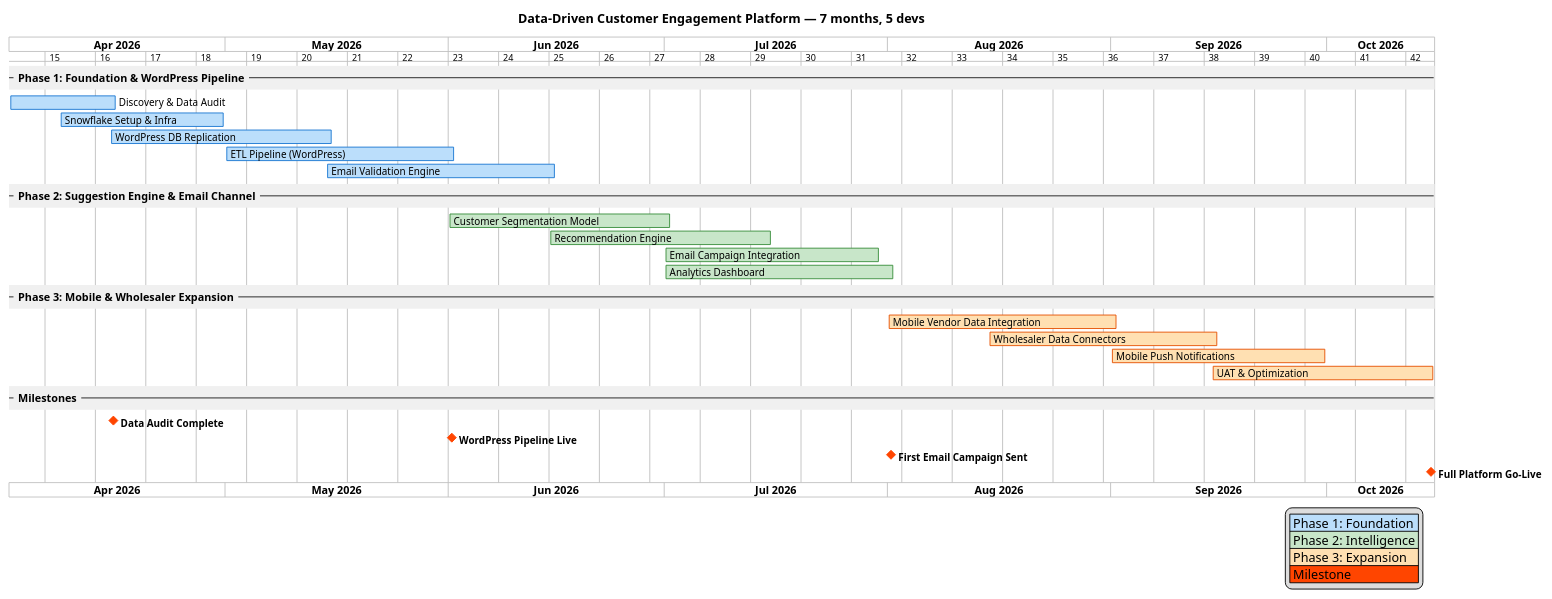
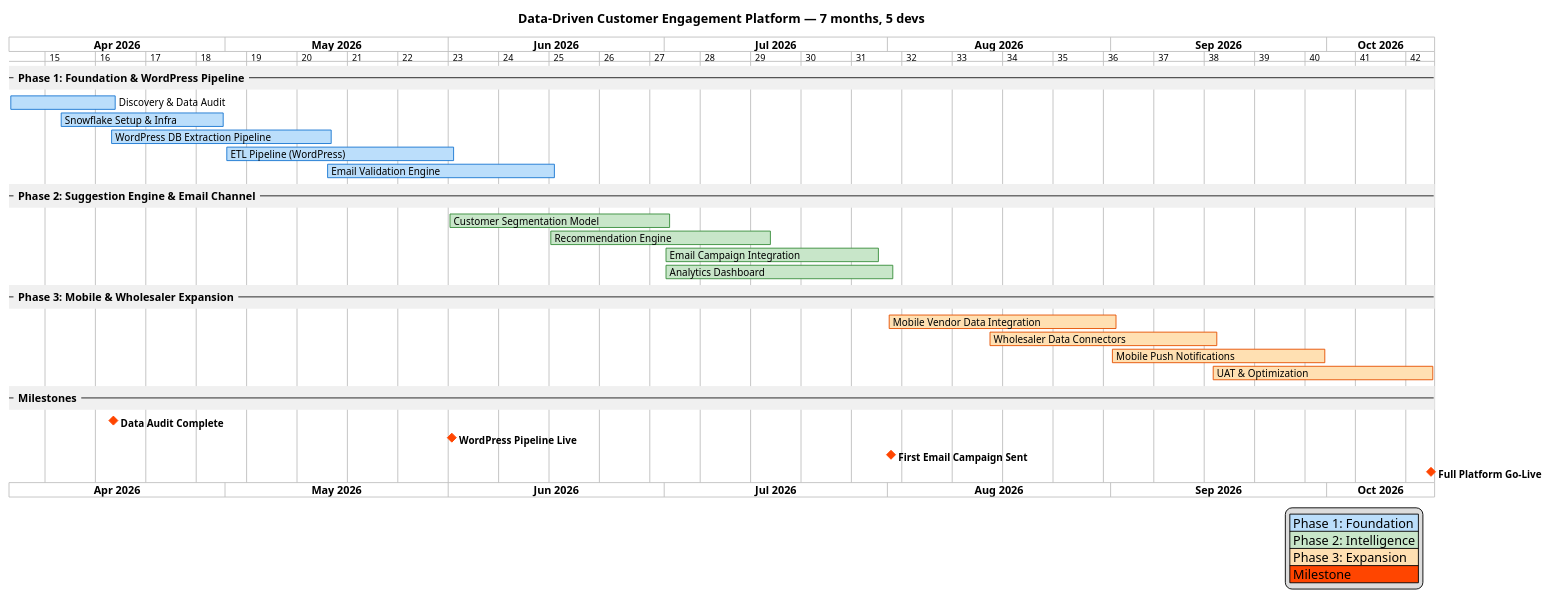
The second of 2 diagrams in 02/docs/solution-design-compact.adoc (mosurekImagination/solution-architecture-case-studies), drawn with PlantUML before and after one commit. The commit also changed other lines of this file and 8 other files, not shown here.

```diff
--- a/02/docs/solution-design-compact.adoc
+++ b/02/docs/solution-design-compact.adoc
@@ -646,72 +660,72 @@
 [plantuml,case02-timeline,format=svg]
 ....
 @startgantt
 title Data-Driven Customer Engagement Platform — 7 months, 5 devs
 printscale weekly zoom 2
 project starts 2026-04-01
 
 <style>
 ganttDiagram {
   task {
     FontSize 11
   }
   milestone {
     FontSize 11
     FontStyle bold
     BackGroundColor OrangeRed
     LineColor OrangeRed
   }
   separator {
     FontSize 12
     FontStyle bold
     BackGroundColor #F0F0F0
   }
 }
 </style>
 
 -- Phase 1: Foundation & WordPress Pipeline --
 [Discovery & Data Audit] starts 2026-04-01 and ends 2026-04-15
 [Discovery & Data Audit] is colored in #BBDEFB/#1976D2
 [Snowflake Setup & Infra] starts 2026-04-08 and ends 2026-04-30
 [Snowflake Setup & Infra] is colored in #BBDEFB/#1976D2
-[WordPress DB Replication] starts 2026-04-15 and ends 2026-05-15
-[WordPress DB Replication] is colored in #BBDEFB/#1976D2
+[WordPress DB Extraction Pipeline] starts 2026-04-15 and ends 2026-05-15
+[WordPress DB Extraction Pipeline] is colored in #BBDEFB/#1976D2
 [ETL Pipeline (WordPress)] starts 2026-05-01 and ends 2026-06-01
 [ETL Pipeline (WordPress)] is colored in #BBDEFB/#1976D2
 [Email Validation Engine] starts 2026-05-15 and ends 2026-06-15
 [Email Validation Engine] is colored in #BBDEFB/#1976D2
 
 -- Phase 2: Suggestion Engine & Email Channel --
 [Customer Segmentation Model] starts 2026-06-01 and ends 2026-07-01
 [Customer Segmentation Model] is colored in #C8E6C9/#388E3C
 [Recommendation Engine] starts 2026-06-15 and ends 2026-07-15
 [Recommendation Engine] is colored in #C8E6C9/#388E3C
 [Email Campaign Integration] starts 2026-07-01 and ends 2026-07-30
 [Email Campaign Integration] is colored in #C8E6C9/#388E3C
 [Analytics Dashboard] starts 2026-07-01 and ends 2026-08-01
 [Analytics Dashboard] is colored in #C8E6C9/#388E3C
 
 -- Phase 3: Mobile & Wholesaler Expansion --
 [Mobile Vendor Data Integration] starts 2026-08-01 and ends 2026-09-01
 [Mobile Vendor Data Integration] is colored in #FFE0B2/#E65100
 [Wholesaler Data Connectors] starts 2026-08-15 and ends 2026-09-15
 [Wholesaler Data Connectors] is colored in #FFE0B2/#E65100
 [Mobile Push Notifications] starts 2026-09-01 and ends 2026-09-30
 [Mobile Push Notifications] is colored in #FFE0B2/#E65100
 [UAT & Optimization] starts 2026-09-15 and ends 2026-10-15
 [UAT & Optimization] is colored in #FFE0B2/#E65100
 
 -- Milestones --
 [Data Audit Complete] happens 2026-04-15
 [WordPress Pipeline Live] happens 2026-06-01
 [First Email Campaign Sent] happens 2026-08-01
 [Full Platform Go-Live] happens 2026-10-15
 
 legend right
   |<#BBDEFB> Phase 1: Foundation |
   |<#C8E6C9> Phase 2: Intelligence |
   |<#FFE0B2> Phase 3: Expansion |
   |<#OrangeRed> Milestone |
 end legend
 @endgantt
 ....
```
